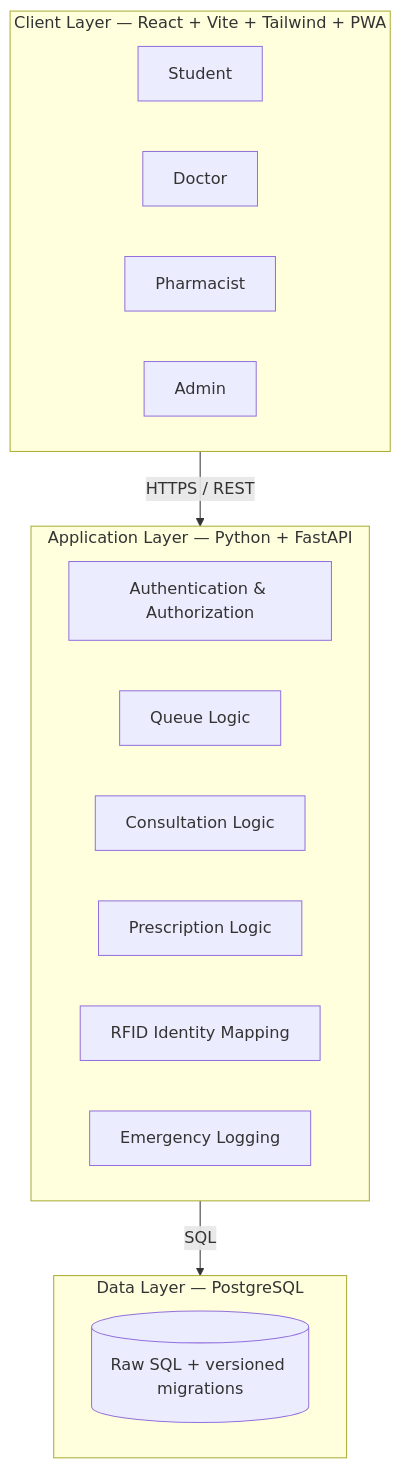
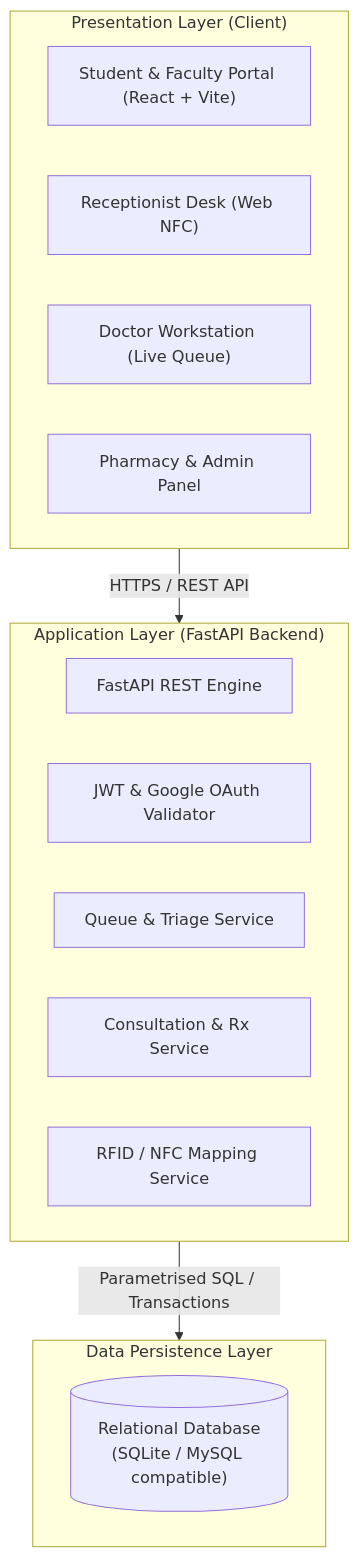
One commit to Singh1veer/pulse_care changed the second of 2 diagrams in README.md. Above: the diagram before and after it, drawn with Mermaid. The commit also changed other lines of this file, not shown here.

````diff
--- a/README.md
+++ b/README.md
@@ -196,22 +82,24 @@
 ```mermaid
 flowchart TB
-    subgraph Client["Client Layer — React + Vite + Tailwind + PWA"]
-        C1[Student] 
-        C2[Doctor]
-        C3[Pharmacist]
-        C4[Admin]
+    subgraph Client["Presentation Layer (Client)"]
+        UI1["Student & Faculty Portal (React + Vite)"]
+        UI2["Receptionist Desk (Web NFC)"]
+        UI3["Doctor Workstation (Live Queue)"]
+        UI4["Pharmacy & Admin Panel"]
     end
-    subgraph App["Application Layer — Python + FastAPI"]
-        A1[Authentication & Authorization]
-        A2[Queue Logic]
-        A3[Consultation Logic]
-        A4[Prescription Logic]
-        A5[RFID Identity Mapping]
-        A6[Emergency Logging]
+
+    subgraph Server["Application Layer (FastAPI Backend)"]
+        API["FastAPI REST Engine"]
+        AUTH["JWT & Google OAuth Validator"]
+        SVC1["Queue & Triage Service"]
+        SVC2["Consultation & Rx Service"]
+        SVC3["RFID / NFC Mapping Service"]
     end
-    subgraph Data["Data Layer — PostgreSQL"]
-        D1[(Raw SQL + versioned migrations)]
+
+    subgraph Data["Data Persistence Layer"]
+        DB[("Relational Database\n(SQLite / MySQL compatible)")]
     end
-    Client -->|HTTPS / REST| App
-    App -->|SQL| Data
+
+    Client -->|HTTPS / REST API| Server
+    Server -->|Parametrised SQL / Transactions| Data
 ```
````
